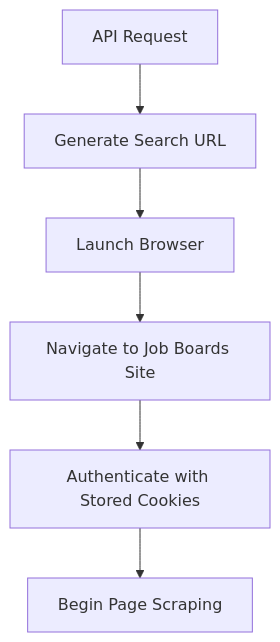
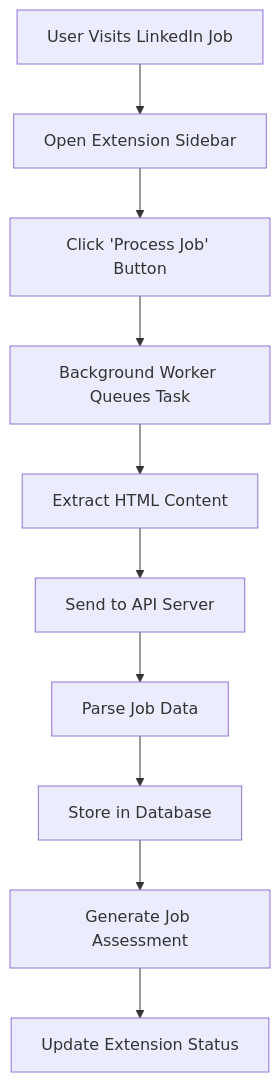
Before and after one commit to jtha/job-search: the first of 3 diagrams in docs/01_lead_generation_system.md, drawn with Mermaid. The commit also changed other lines of this file and 4 other files, not shown here.

````diff
--- a/docs/01_lead_generation_system.md
+++ b/docs/01_lead_generation_system.md
@@ -134,8 +132,12 @@
 ```mermaid
 graph TD
-    A[API Request] --> B[Generate Search URL]
-    B --> C[Launch Browser]
-    C --> D[Navigate to Job Boards Site]
-    D --> E[Authenticate with Stored Cookies]
-    E --> F[Begin Page Scraping]
+    A[User Visits LinkedIn Job] --> B[Open Extension Sidebar]
+    B --> C[Click 'Process Job' Button]
+    C --> D[Background Worker Queues Task]
+    D --> E[Extract HTML Content]
+    E --> F[Send to API Server]
+    F --> G[Parse Job Data]
+    G --> H[Store in Database]
+    H --> I[Generate Job Assessment]
+    I --> J[Update Extension Status]
 ```
````
